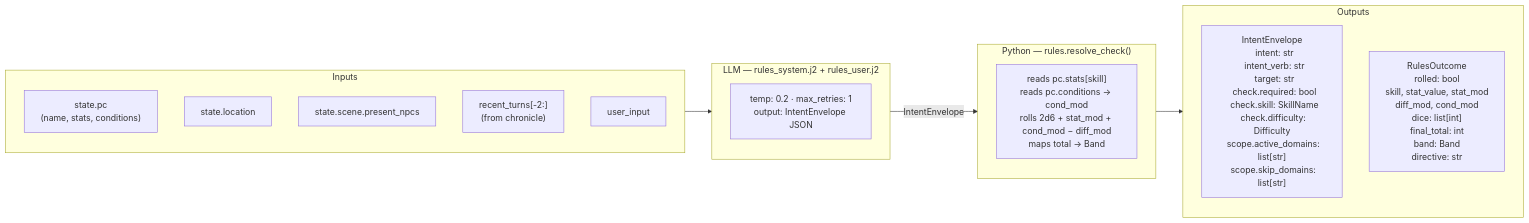
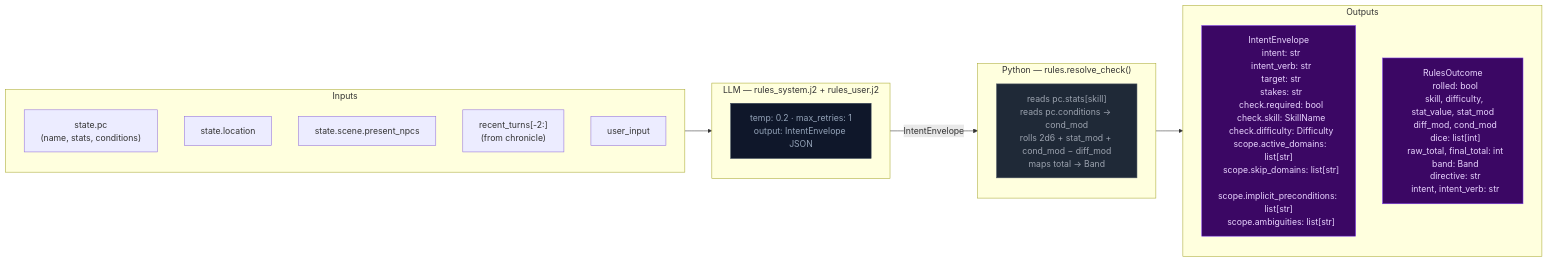
One commit to pww217/fablethread changed the second of 11 diagrams in ARCHITECTURE.md. Above: the diagram before and after it, drawn with Mermaid. The commit also changed other lines of this file and 28 other files, not shown here.

````diff
--- a/ARCHITECTURE.md
+++ b/ARCHITECTURE.md
@@ -72,27 +81,32 @@
 ```mermaid
 flowchart LR
+    classDef stageRules fill:#4c1d95,color:#ddd6fe,stroke:#7c3aed
+    classDef llmNode    fill:#0f172a,color:#94a3b8,stroke:#334155
+    classDef pyNode     fill:#1f2937,color:#9ca3af,stroke:#4b5563
+    classDef outNode    fill:#3b0764,color:#e9d5ff,stroke:#7c3aed
+
     subgraph IN["Inputs"]
         I1["state.pc<br>(name, stats, conditions)"]
         I2["state.location"]
         I3["state.scene.present_npcs"]
         I4["recent_turns[-2:]<br>(from chronicle)"]
         I5["user_input"]
     end
 
     subgraph LLM0["LLM — rules_system.j2 + rules_user.j2"]
-        L0["temp: 0.2 · max_retries: 1<br>output: IntentEnvelope JSON"]
+        L0["temp: 0.2 · max_retries: 1<br>output: IntentEnvelope JSON"]:::llmNode
     end
 
     subgraph PYRES["Python — rules.resolve_check()"]
-        P0["reads pc.stats[skill]<br>reads pc.conditions → cond_mod<br>rolls 2d6 + stat_mod + cond_mod − diff_mod<br>maps total → Band"]
+        P0["reads pc.stats[skill]<br>reads pc.conditions → cond_mod<br>rolls 2d6 + stat_mod + cond_mod − diff_mod<br>maps total → Band"]:::pyNode
     end
 
     subgraph OUT["Outputs"]
-        O1["IntentEnvelope<br>  intent: str<br>  intent_verb: str<br>  target: str<br>  check.required: bool<br>  check.skill: SkillName<br>  check.difficulty: Difficulty<br>  scope.active_domains: list[str]<br>  scope.skip_domains: list[str]"]
-        O2["RulesOutcome<br>  rolled: bool<br>  skill, stat_value, stat_mod<br>  diff_mod, cond_mod<br>  dice: list[int]<br>  final_total: int<br>  band: Band<br>  directive: str"]
+        O1["IntentEnvelope<br>  intent: str<br>  intent_verb: str<br>  target: str<br>  stakes: str<br>  check.required: bool<br>  check.skill: SkillName<br>  check.difficulty: Difficulty<br>  scope.active_domains: list[str]<br>  scope.skip_domains: list[str]<br>  scope.implicit_preconditions: list[str]<br>  scope.ambiguities: list[str]"]:::outNode
+        O2["RulesOutcome<br>  rolled: bool<br>  skill, difficulty, stat_value, stat_mod<br>  diff_mod, cond_mod<br>  dice: list[int]<br>  raw_total, final_total: int<br>  band: Band<br>  directive: str<br>  intent, intent_verb: str"]:::outNode
     end
 
     IN --> LLM0
     LLM0 -- "IntentEnvelope" --> PYRES
     PYRES --> OUT
 ```
````
